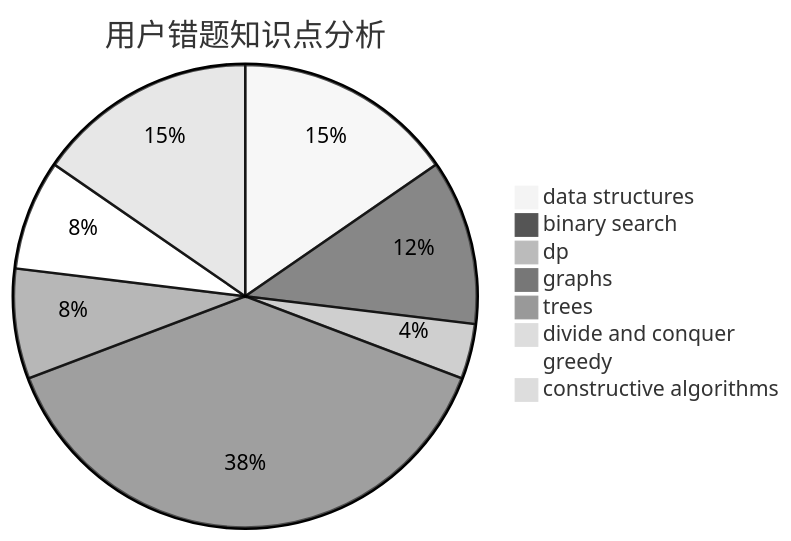
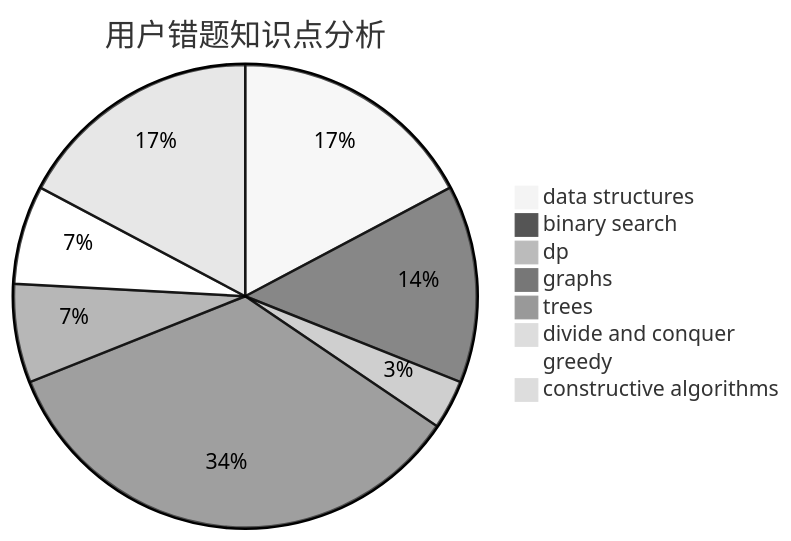
One commit to sherpahu/cfrs.github.io changed the third of 3 diagrams in docs/user/u2136.md. Above: the diagram before and after it, drawn with Mermaid (neutral theme). The commit also changed other lines of this file and 2770 other files, not shown here.

````diff
--- a/docs/user/u2136.md
+++ b/docs/user/u2136.md
@@ -36,11 +36,11 @@
 ```mermaid
 pie title 用户错题知识点分析
-    "data structures" :  4
-    "binary search" :  3
+    "data structures" :  5
+    "binary search" :  4
     "dp" :  1
     "graphs" :  10
     "trees" :  2
     "divide and conquer" :  0
     "greedy" :  2
-    "constructive algorithms" :  4
+    "constructive algorithms" :  5
 ```
````
